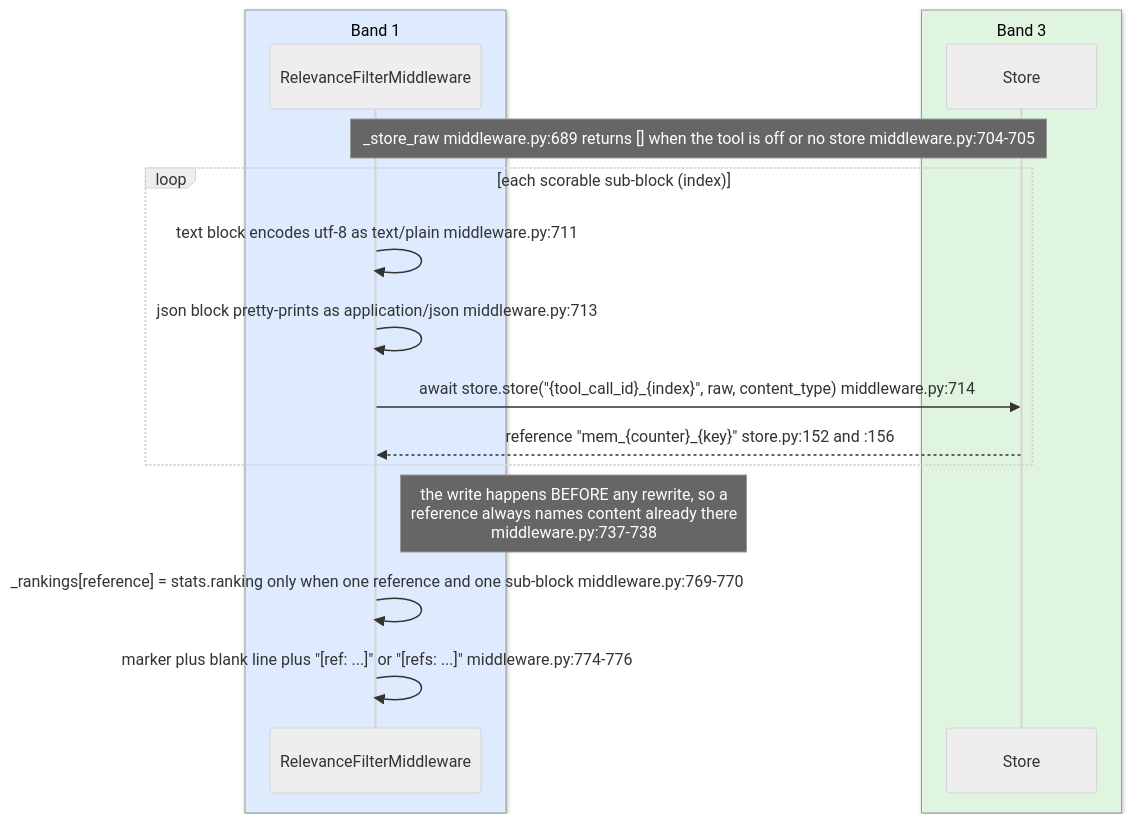
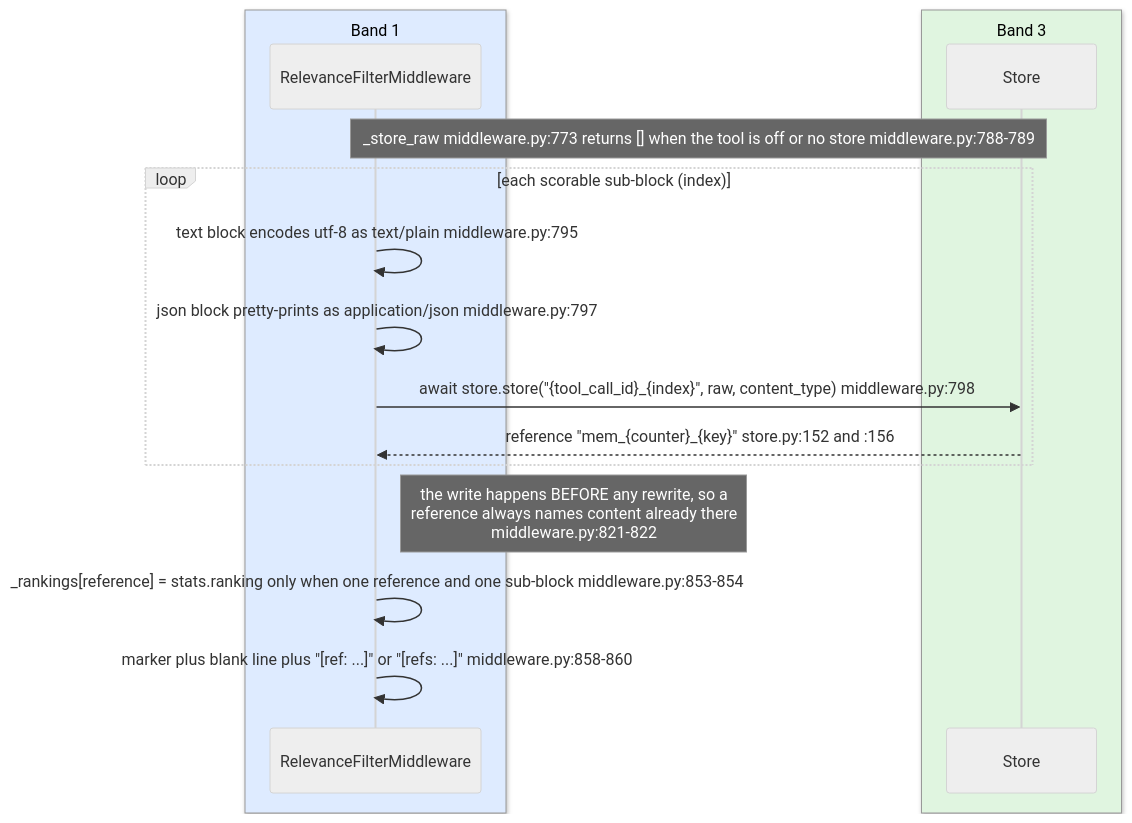
Before and after one commit to aws-samples/sample-context-engineering: the second of 4 diagrams in docs/design/sequence/langgraph/sequence-a-relevance.md, drawn with Mermaid (neutral theme). The commit also changed other lines of this file and 8 other files, not shown here.

````diff
--- a/docs/design/sequence/langgraph/sequence-a-relevance.md
+++ b/docs/design/sequence/langgraph/sequence-a-relevance.md
@@ -228,20 +254,20 @@
 ```mermaid
 sequenceDiagram
     box rgb(222,235,255) Band 1
         participant MW as RelevanceFilterMiddleware
     end
     box rgb(224,245,224) Band 3
         participant Store as Store
     end
 
-    Note over MW,Store: _store_raw  middleware.py:689  returns [] when the tool is off or no store  middleware.py:704-705
+    Note over MW,Store: _store_raw  middleware.py:773  returns [] when the tool is off or no store  middleware.py:788-789
     loop each scorable sub-block (index)
-        MW->>MW: text block encodes utf-8 as text/plain  middleware.py:711
-        MW->>MW: json block pretty-prints as application/json  middleware.py:713
-        MW->>Store: await store.store("{tool_call_id}_{index}", raw, content_type)  middleware.py:714
+        MW->>MW: text block encodes utf-8 as text/plain  middleware.py:795
+        MW->>MW: json block pretty-prints as application/json  middleware.py:797
+        MW->>Store: await store.store("{tool_call_id}_{index}", raw, content_type)  middleware.py:798
         Store-->>MW: reference "mem_{counter}_{key}"  store.py:152 and :156
     end
-    Note right of MW: the write happens BEFORE any rewrite, so a<br/>reference always names content already there<br/>middleware.py:737-738
-    MW->>MW: _rankings[reference] = stats.ranking only when one reference and one sub-block  middleware.py:769-770
-    MW->>MW: marker plus blank line plus "[ref: ...]" or "[refs: ...]"  middleware.py:774-776
+    Note right of MW: the write happens BEFORE any rewrite, so a<br/>reference always names content already there<br/>middleware.py:821-822
+    MW->>MW: _rankings[reference] = stats.ranking only when one reference and one sub-block  middleware.py:853-854
+    MW->>MW: marker plus blank line plus "[ref: ...]" or "[refs: ...]"  middleware.py:858-860
 ```
````
